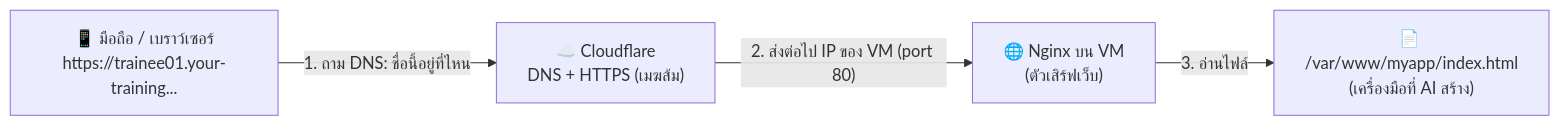
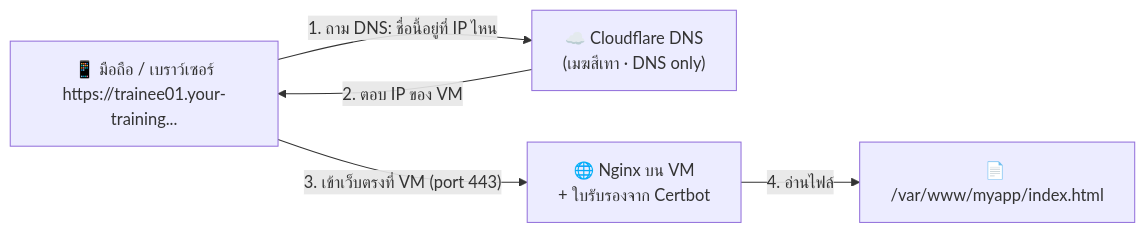
The diagram in manual/07_DEPLOY_CLOUDFLARE.md (Krit03W/ai-vibe-training), drawn with Mermaid before and after one commit. The commit also changed other lines of this file and 13 other files, not shown here.

````diff
--- a/manual/07_DEPLOY_CLOUDFLARE.md
+++ b/manual/07_DEPLOY_CLOUDFLARE.md
@@ -9,6 +9,7 @@
 ```mermaid
 flowchart LR
-    U["📱 มือถือ / เบราว์เซอร์<br/>https://trainee01.your-training..."] -->|"1. ถาม DNS: ชื่อนี้อยู่ที่ไหน"| CF["☁️ Cloudflare<br/>DNS + HTTPS (เมฆส้ม)"]
-    CF -->|"2. ส่งต่อไป IP ของ VM (port 80)"| N["🌐 Nginx บน VM<br/>(ตัวเสิร์ฟเว็บ)"]
-    N -->|"3. อ่านไฟล์"| F["📄 /var/www/myapp/index.html<br/>(เครื่องมือที่ AI สร้าง)"]
+    U["📱 มือถือ / เบราว์เซอร์<br/>https://trainee01.your-training..."] -->|"1. ถาม DNS: ชื่อนี้อยู่ที่ IP ไหน"| CF["☁️ Cloudflare DNS<br/>(เมฆสีเทา · DNS only)"]
+    CF -->|"2. ตอบ IP ของ VM"| U
+    U -->|"3. เข้าเว็บตรงที่ VM (port 443)"| N["🌐 Nginx บน VM<br/>+ ใบรับรองจาก Certbot"]
+    N -->|"4. อ่านไฟล์"| F["📄 /var/www/myapp/index.html"]
 ```
````
